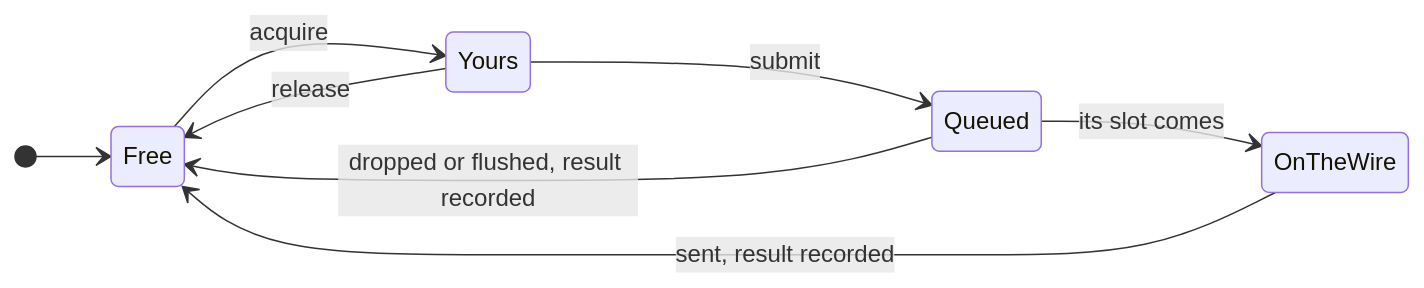
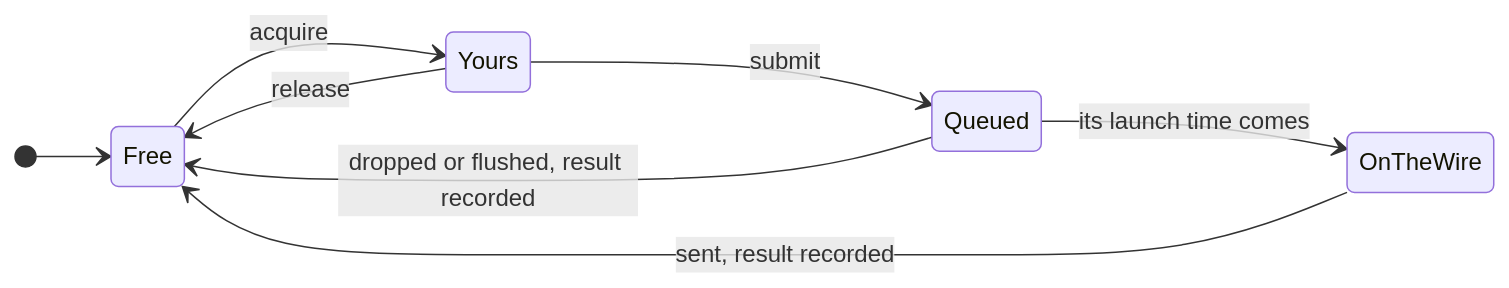
One commit to Sakoram/Media-Transport-Library changed the third of 56 diagrams in doc/unified-api/diagrams.md. Above: the diagram before and after it, drawn with Mermaid. The commit also changed other lines of this file and 53 other files, not shown here.

````diff
--- a/doc/unified-api/diagrams.md
+++ b/doc/unified-api/diagrams.md
@@ -125,11 +126,11 @@
 ```mermaid
 stateDiagram-v2
     direction LR
     [*] --> Free
     Free --> Yours: acquire
     Yours --> Free: release
     Yours --> Queued: submit
-    Queued --> OnTheWire: its slot comes
+    Queued --> OnTheWire: its launch time comes
     Queued --> Free: dropped or flushed, result recorded
     OnTheWire --> Free: sent, result recorded
 ```
````
